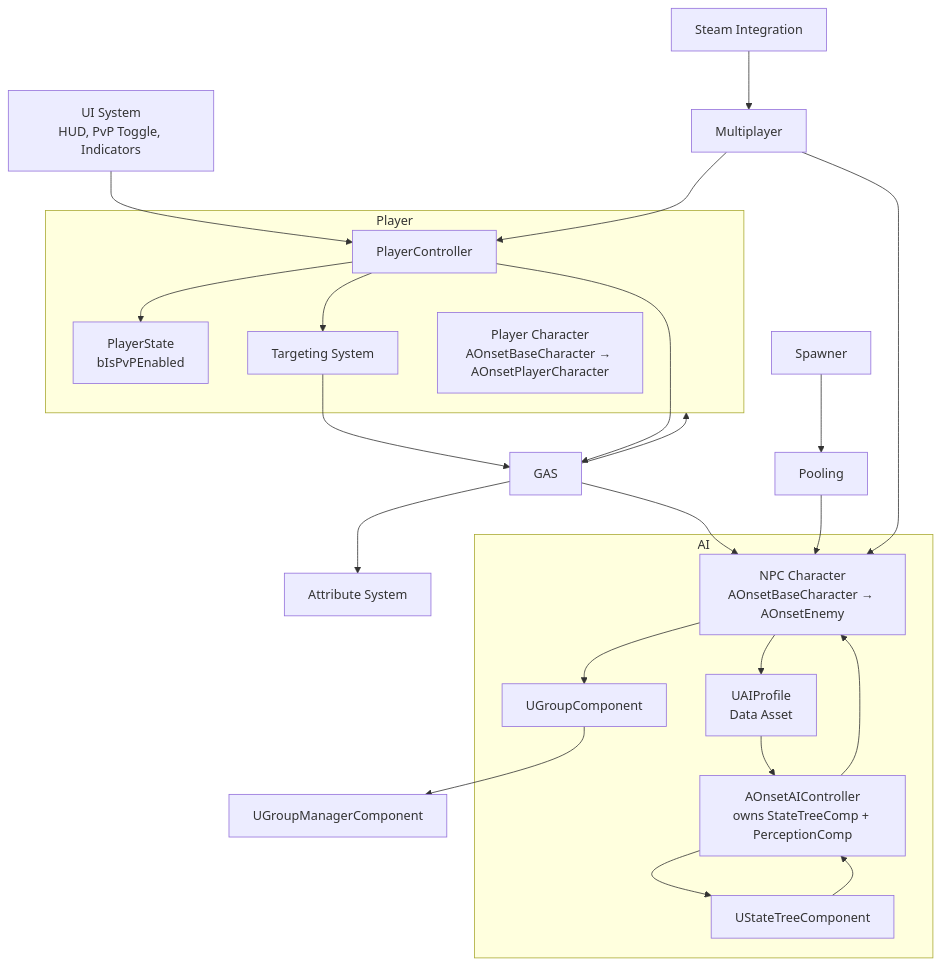
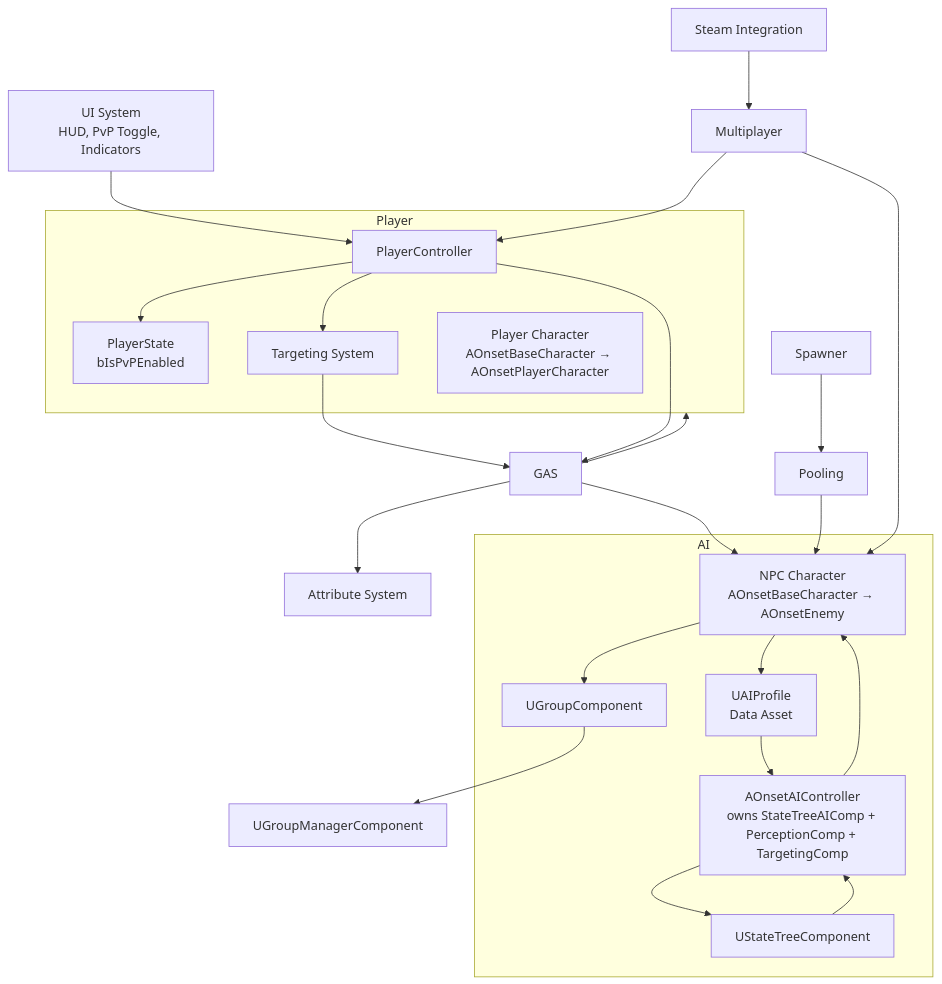
One commit to maximoh-mmo/PortfolioTutorial changed the diagram in Docs/Architecture/Architecture Overview.md. Above: the diagram before and after it, drawn with Mermaid. The commit also changed 4 other files, not shown here.

````diff
--- a/Docs/Architecture/Architecture Overview.md
+++ b/Docs/Architecture/Architecture Overview.md
@@ -26,43 +26,43 @@
 ```mermaid
 flowchart TD
     UI[UI System<br/>HUD, PvP Toggle, Indicators] --> PC[PlayerController]
     PC --> PS[PlayerState<br/>bIsPvPEnabled]
     PC --> Targeting[Targeting System]
     PC --> GAS
 
     Targeting --> GAS
     GAS --> Attributes[Attribute System]
 
     subgraph Player
         PC
         PS
         Targeting
         PlayerChar[Player Character<br/>AOnsetBaseCharacter → AOnsetPlayerCharacter]
     end
 
     subgraph AI
         NPC[NPC Character<br/>AOnsetBaseCharacter → AOnsetEnemy]
-        AIC[AOnsetAIController<br/>owns StateTreeComp + PerceptionComp]
+        AIC[AOnsetAIController<br/>owns StateTreeAIComp + PerceptionComp + TargetingComp]
         STC[UStateTreeComponent]
         Profile[UAIProfile<br/>Data Asset]
         GComp[UGroupComponent]
     end
 
     Spawner --> Pooling
     Pooling --> NPC
     NPC --> GComp
     NPC --> Profile
     GComp --> GManager[UGroupManagerComponent]
 
     Profile --> AIC
     AIC --> STC
     STC --> AIC
     AIC --> NPC
 
     GAS --> NPC
     GAS --> Player
 
     Steam[Steam Integration] --> Multiplayer
     Multiplayer --> PC
     Multiplayer --> NPC
 ```
````
